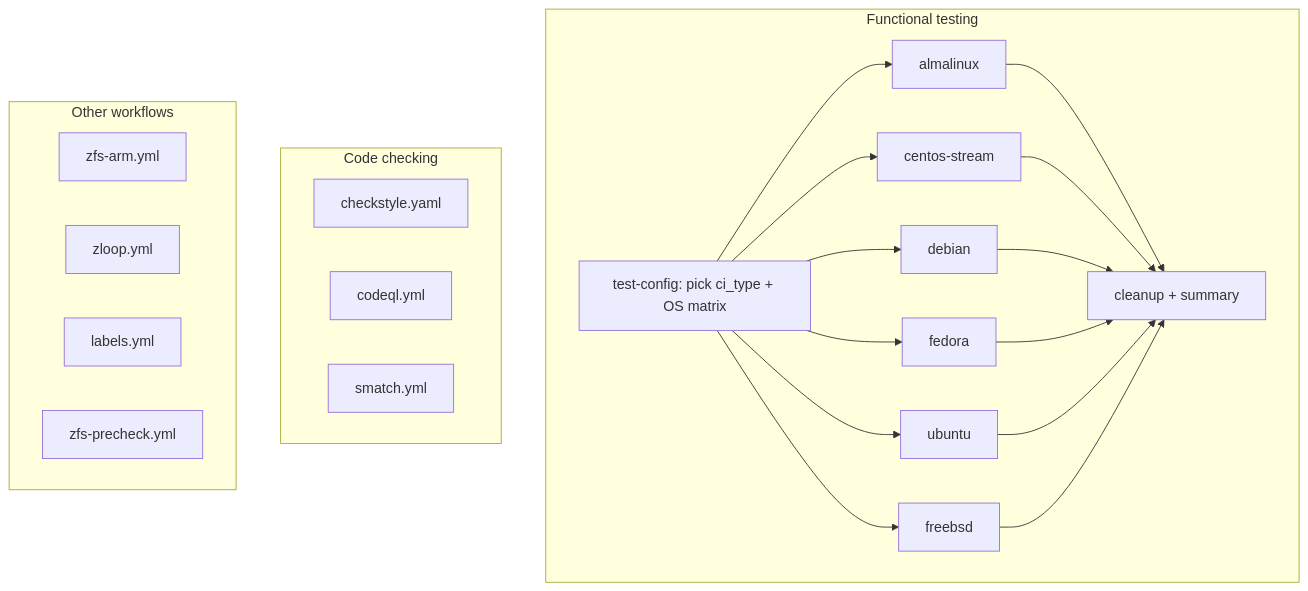
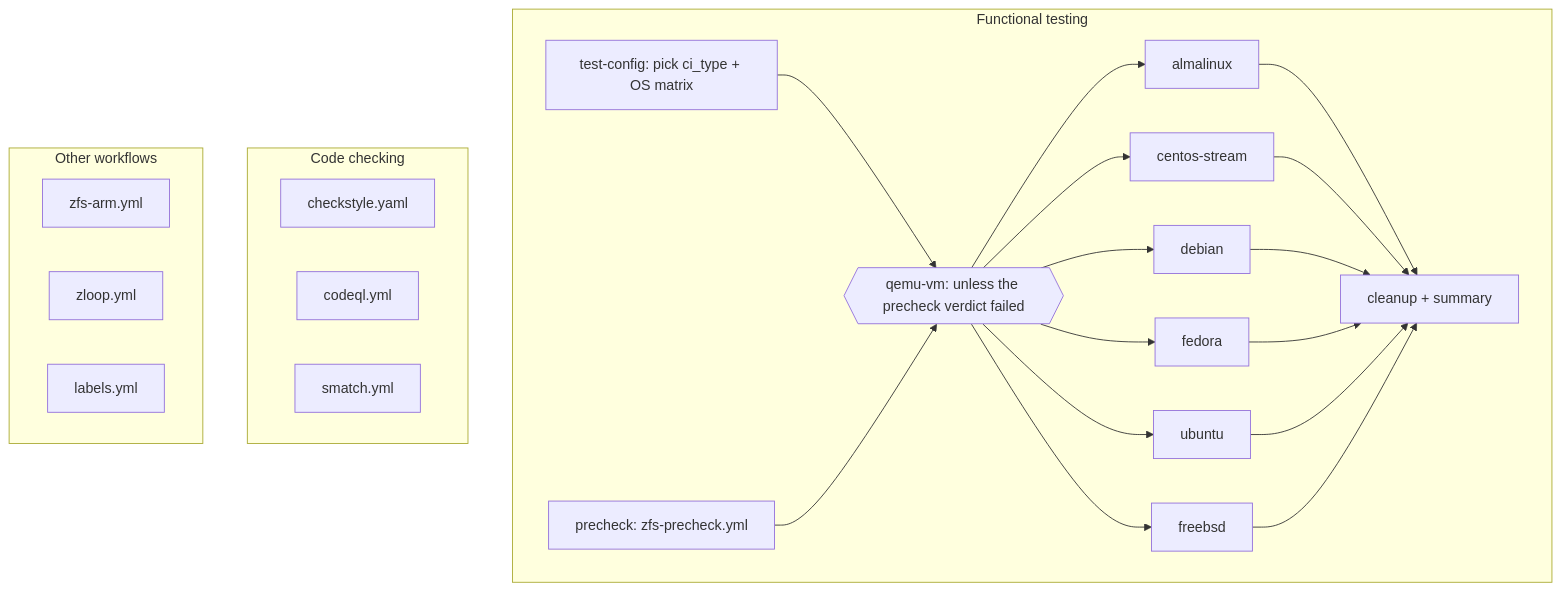
The diagram in .github/workflows/README.md (wrouesnel/zfs), drawn with Mermaid before and after one commit. The commit also changed other lines of this file and 2 other files, not shown here.

Commit message:
CI: run the zfs-qemu matrix after the precheck
Make zfs-precheck a reusable workflow and call it from zfs-qemu as its
first job.  The qemu-vm matrix waits for it and runs if the PR has no
"failing test, then fix" commits or their verdict passed.  If the
verdict failed, the matrix is skipped: the PR's test doesn't catch the
bug, or its fix doesn't fix it, and the author gets that answer in
about 20 minutes instead of after a full run.  If the precheck itself
breaks, the matrix runs anyway.

zfs-precheck no longer runs on its own for pushes and PRs, only when
called (or dispatched by hand).  Its concurrency group no longer uses
github.workflow, which is the caller's name when called and would put
it in the caller's group.

````diff
--- a/.github/workflows/README.md
+++ b/.github/workflows/README.md
@@ -7,31 +7,32 @@
 ```mermaid
 flowchart TB
 subgraph Functional testing
-  Setup[test-config: pick ci_type + OS matrix]
-  Setup --> almalinux
-  Setup --> centos[centos-stream]
-  Setup --> debian
-  Setup --> fedora
-  Setup --> ubuntu
-  Setup --> freebsd
+  Setup[test-config: pick ci_type + OS matrix] --> Gate
+  Precheck[precheck: zfs-precheck.yml] --> Gate
+  Gate{{qemu-vm: unless the precheck verdict failed}}
+  Gate --> almalinux
+  Gate --> centos[centos-stream]
+  Gate --> debian
+  Gate --> fedora
+  Gate --> ubuntu
+  Gate --> freebsd
   almalinux --> Cleanup[cleanup + summary]
   centos --> Cleanup
   debian --> Cleanup
   fedora --> Cleanup
   ubuntu --> Cleanup
   freebsd --> Cleanup
 end
 
 subgraph Code checking
   checkstyle.yaml
   codeql.yml
   smatch.yml
 end
 
 subgraph Other workflows
   zfs-arm.yml
   zloop.yml
   labels.yml
-  zfs-precheck.yml
 end
 ```
````
